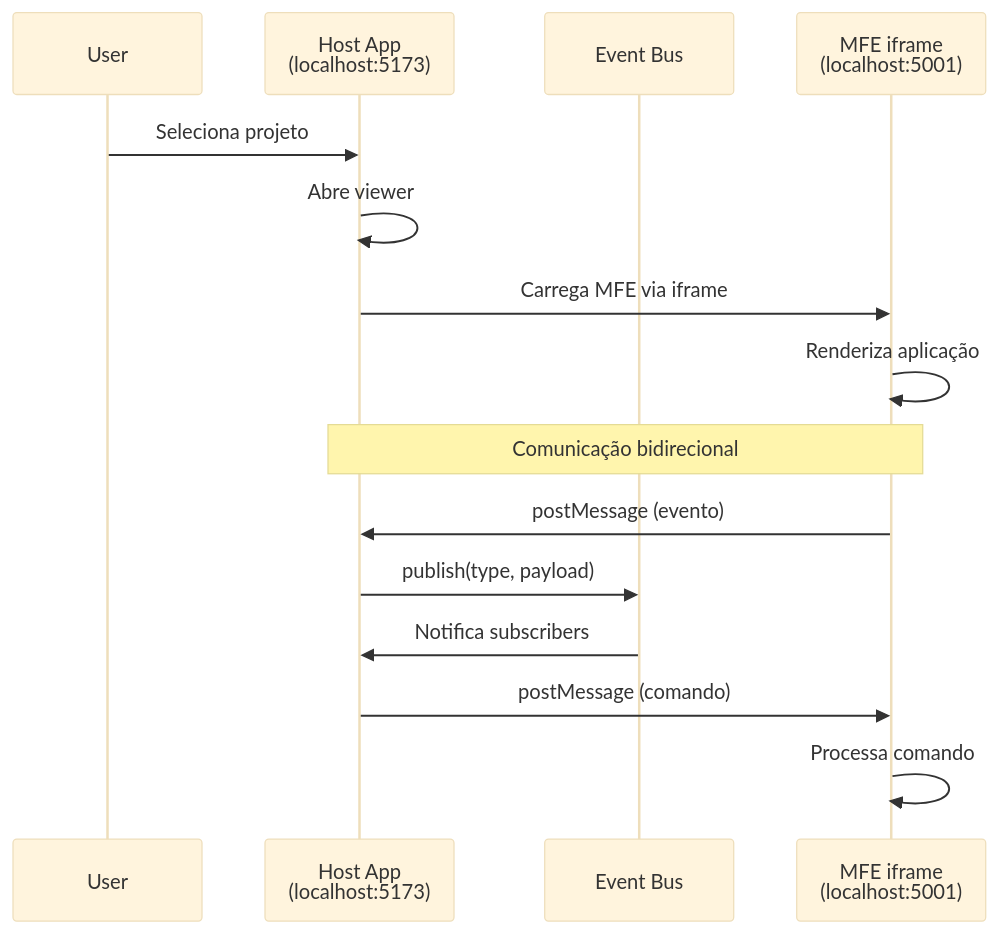
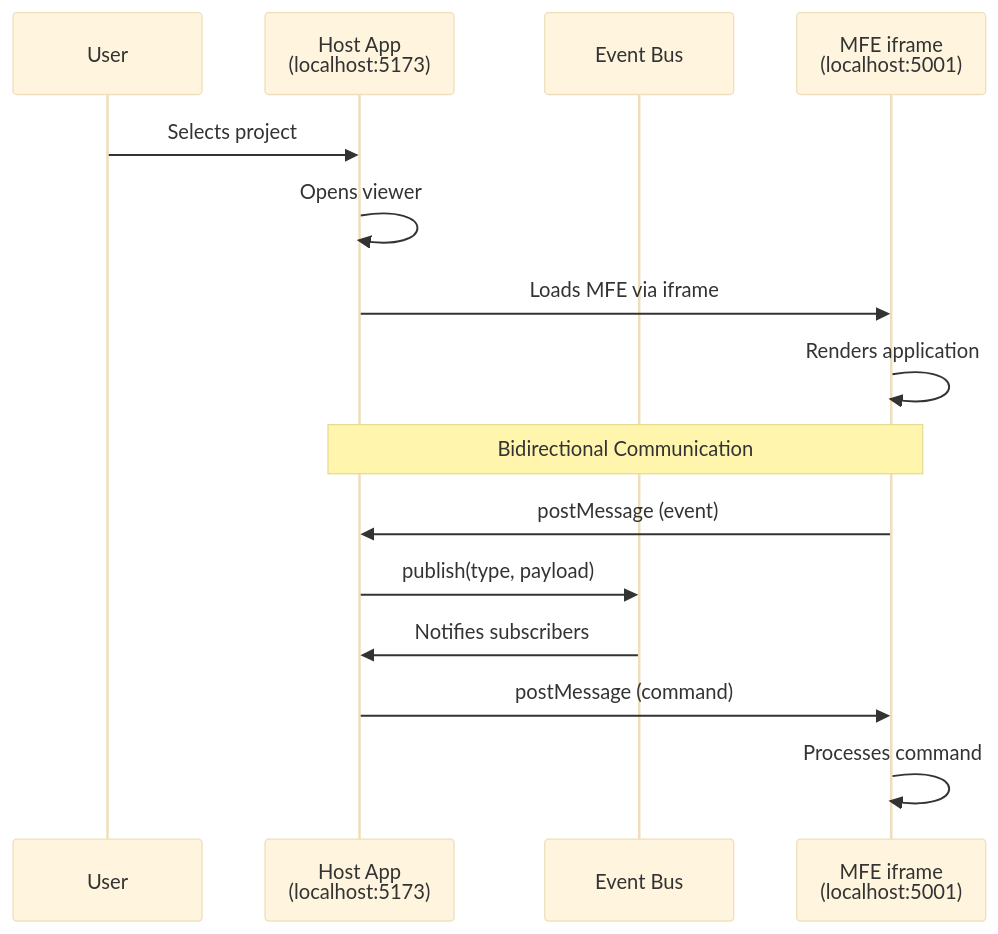
The second of 4 diagrams in README.md (ehurafa/portfolio-mfe-2025), drawn with Mermaid (base theme) before and after one commit. The commit also changed other lines of this file, not shown here.

Commit message:
docs: translate README to English and update with roadmap and technical guidelines

````diff
--- a/README.md
+++ b/README.md
@@ -185,21 +189,21 @@
 ```mermaid
 sequenceDiagram
     participant User
     participant Host as Host App<br/>(localhost:5173)
     participant EventBus as Event Bus
     participant Iframe as MFE iframe<br/>(localhost:5001)
     
-    User->>Host: Seleciona projeto
-    Host->>Host: Abre viewer
-    Host->>Iframe: Carrega MFE via iframe
-    Iframe->>Iframe: Renderiza aplicação
+    User->>Host: Selects project
+    Host->>Host: Opens viewer
+    Host->>Iframe: Loads MFE via iframe
+    Iframe->>Iframe: Renders application
     
-    Note over Host,Iframe: Comunicação bidirecional
+    Note over Host,Iframe: Bidirectional Communication
     
-    Iframe->>Host: postMessage (evento)
+    Iframe->>Host: postMessage (event)
     Host->>EventBus: publish(type, payload)
-    EventBus->>Host: Notifica subscribers
+    EventBus->>Host: Notifies subscribers
     
-    Host->>Iframe: postMessage (comando)
-    Iframe->>Iframe: Processa comando
+    Host->>Iframe: postMessage (command)
+    Iframe->>Iframe: Processes command
 ```
````
